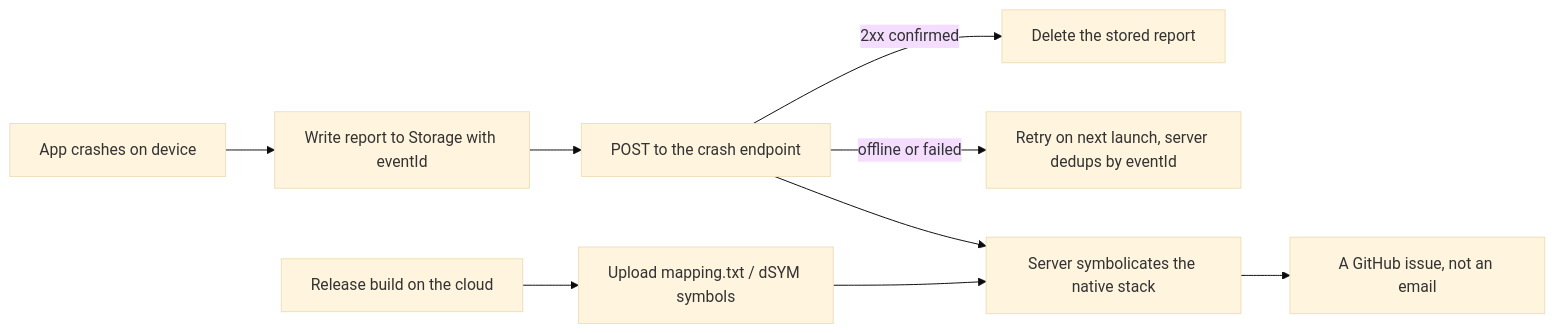
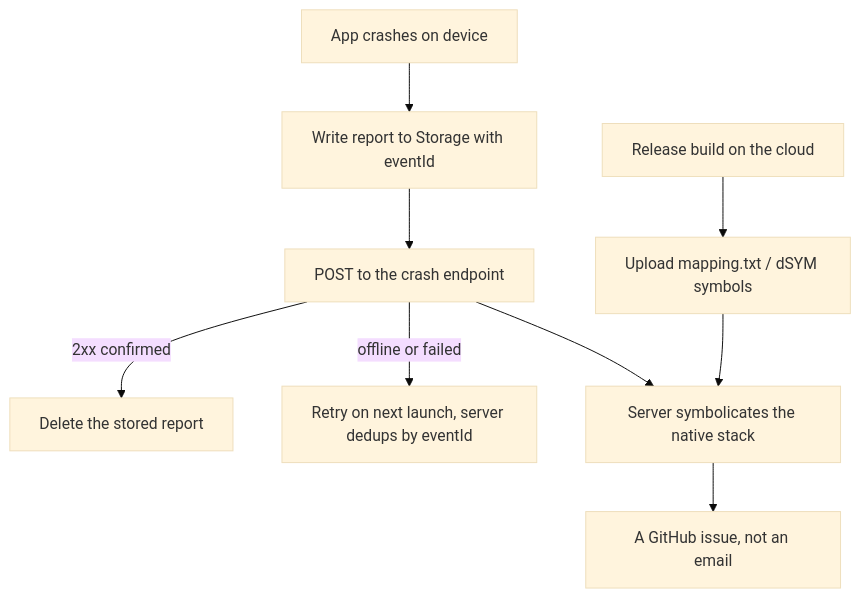
Before and after one commit to codenameone/CodenameOne: the diagram in docs/website/content/blog/native-linux-apple-watch-game-builder-crash-protection.md, drawn with Mermaid (base theme). The commit also changed 3 other files, not shown here.

```diff
--- a/docs/website/content/blog/native-linux-apple-watch-game-builder-crash-protection.md
+++ b/docs/website/content/blog/native-linux-apple-watch-game-builder-crash-protection.md
@@ -53,11 +53,11 @@
 {{< mermaid >}}
-flowchart LR
+flowchart TD
     A["App crashes on device"] --> B["Write report to Storage with eventId"]
     B --> C["POST to the crash endpoint"]
     C -->|2xx confirmed| D["Delete the stored report"]
     C -->|offline or failed| E["Retry on next launch, server dedups by eventId"]
     F["Release build on the cloud"] --> G["Upload mapping.txt / dSYM symbols"]
     C --> H["Server symbolicates the native stack"]
     G --> H
     H --> I["A GitHub issue, not an email"]
 {{< /mermaid >}}
```
